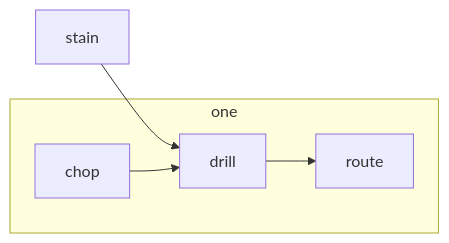
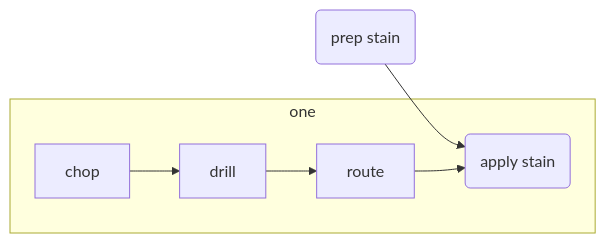
Before and after one commit to frankburgs/wood: the diagram in README.md, drawn with Mermaid.

````diff
--- a/README.md
+++ b/README.md
@@ -1,8 +1,9 @@
 ```mermaid
 flowchart LR
-    stain-->drill
+    id1(prep stain)-->id2(apply stain)
     subgraph ide1 [one]
     chop-->drill
     drill-->route
+    route-->id2
     end
 ```
````
